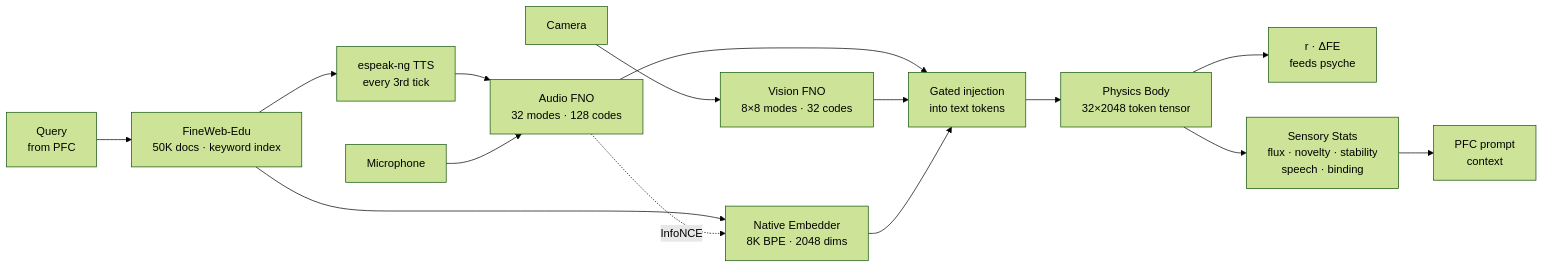
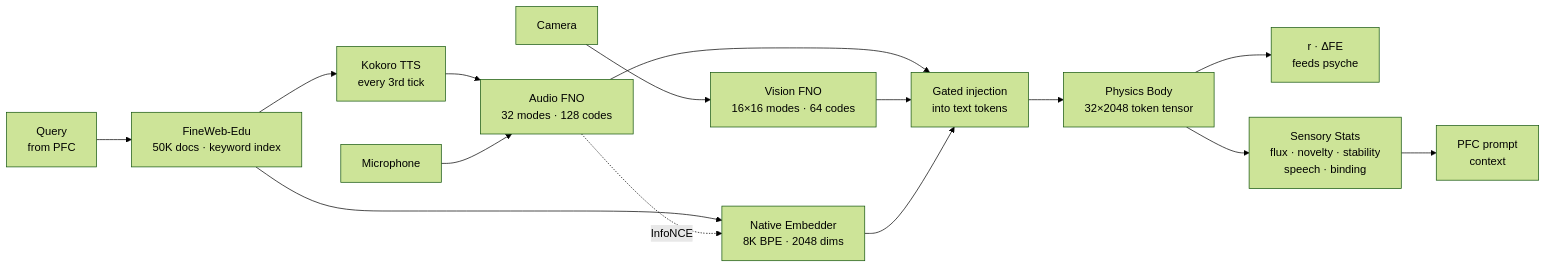
Before and after one commit to linga009/Avatar: the fourth of 5 diagrams in README.md, drawn with Mermaid (forest theme). The commit also changed other lines of this file, not shown here.

````diff
--- a/README.md
+++ b/README.md
@@ -220,17 +228,17 @@
 ```mermaid
 flowchart LR
     Q[Query\nfrom PFC] --> FW[FineWeb-Edu\n50K docs · keyword index]
     FW --> EMB[Native Embedder\n8K BPE · 2048 dims]
-    FW --> TTS[espeak-ng TTS\nevery 3rd tick]
+    FW --> TTS[Kokoro TTS\nevery 3rd tick]
     TTS --> AFNO[Audio FNO\n32 modes · 128 codes]
     MIC[Microphone] --> AFNO
-    CAM[Camera] --> VFNO[Vision FNO\n8×8 modes · 32 codes]
+    CAM[Camera] --> VFNO[Vision FNO\n16×16 modes · 64 codes]
     AFNO --> INJECT[Gated injection\ninto text tokens]
     VFNO --> INJECT
     EMB --> INJECT
     INJECT --> BODY[Physics Body\n32×2048 token tensor]
     BODY --> R[r · ΔFE\nfeeds psyche]
     BODY --> STATS[Sensory Stats\nflux · novelty · stability\nspeech · binding]
     STATS --> PFC[PFC prompt\ncontext]
     AFNO -.->|InfoNCE| EMB
 ```
````
